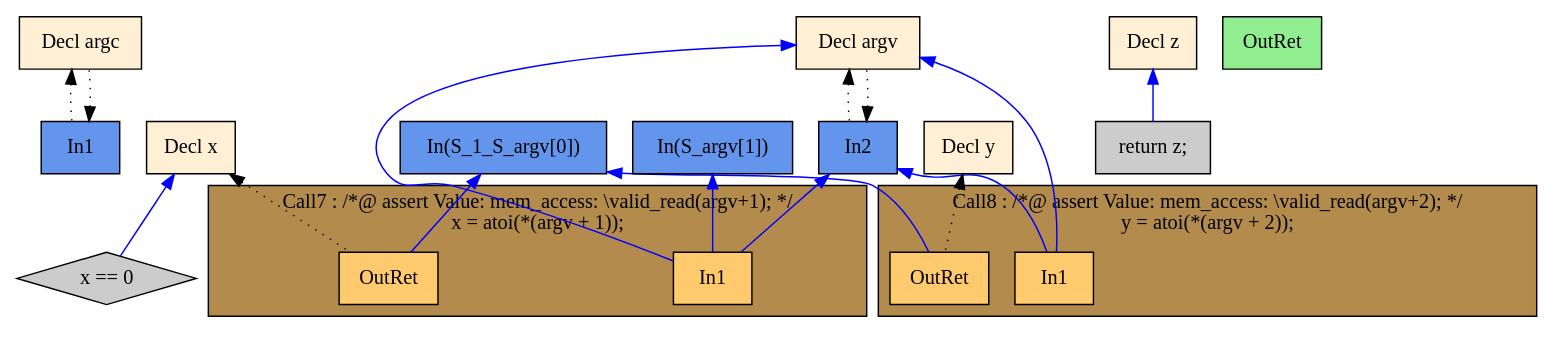
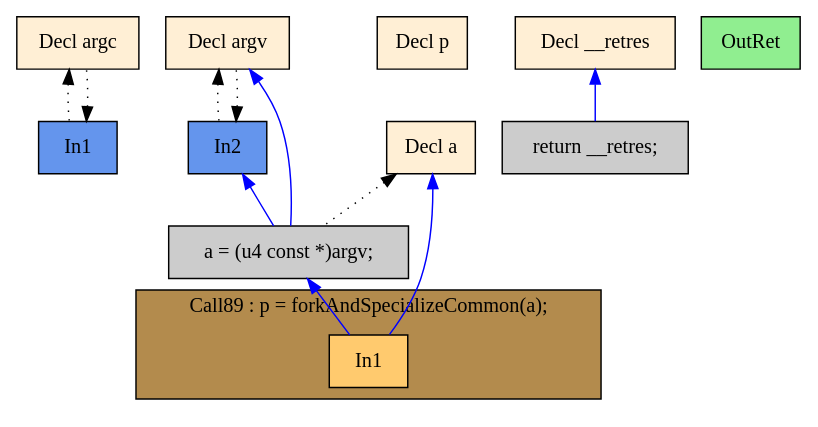
The diagram in Matlack+Swiech_Code/graph.main.dot (mosqutip/EECS395-27), drawn with Graphviz before and after one commit. The commit also changed 6 other files, not shown here.

```diff
--- a/Matlack+Swiech_Code/graph.main.dot
+++ b/Matlack+Swiech_Code/graph.main.dot
@@ -1,47 +1,33 @@
 digraph G {
   rankdir=TB;
   node [style=filled];
-  7 [shape=box, fillcolor="#FFEFD5", label="Decl argc"];
-  8 [shape=box, fillcolor="#6495ED", label="In1"];
-  9 [shape=box, fillcolor="#FFEFD5", label="Decl argv"];
-  10 [shape=box, fillcolor="#6495ED", label="In2"];
-  11 [shape=box, fillcolor="#FFEFD5", label="Decl x"];
-  12 [shape=box, fillcolor="#FFEFD5", label="Decl y"];
-  13 [shape=box, fillcolor="#FFEFD5", label="Decl z"];
-  15 [shape=box, fillcolor="#FFCA6E", label="In1"];
-  16 [shape=box, fillcolor="#FFCA6E", label="OutRet"];
-  18 [shape=box, fillcolor="#FFCA6E", label="In1"];
-  19 [shape=box, fillcolor="#FFCA6E", label="OutRet"];
-  20 [shape=diamond, fillcolor="#CCCCCC", label="x == 0"];
-  21 [shape=box, fillcolor="#CCCCCC", label="return z;"];
-  22 [shape=box, fillcolor="#90EE90", label="OutRet"];
-  23 [shape=box, fillcolor="#6495ED", label="In(S_1_S_argv[0])"];
-  24 [shape=box, fillcolor="#6495ED", label="In(S_argv[1])"];
+  51 [shape=box, fillcolor="#FFEFD5", label="Decl argc"];
+  52 [shape=box, fillcolor="#6495ED", label="In1"];
+  53 [shape=box, fillcolor="#FFEFD5", label="Decl argv"];
+  54 [shape=box, fillcolor="#6495ED", label="In2"];
+  55 [shape=box, fillcolor="#FFEFD5", label="Decl a"];
+  56 [shape=box, fillcolor="#FFEFD5", label="Decl p"];
+  57 [shape=box, fillcolor="#FFEFD5", label="Decl __retres"];
+  58 [shape=box, fillcolor="#CCCCCC", label="a = (u4 const *)argv;"];
+  60 [shape=box, fillcolor="#FFCA6E", label="In1"];
+  61 [shape=box, fillcolor="#CCCCCC", label="return __retres;"];
+  62 [shape=box, fillcolor="#90EE90", label="OutRet"];
   
-  subgraph cluster_Call8 { style=filled;
+  subgraph cluster_Call89 { style=filled;
     fillcolor="#B38B4D";
-    label="Call8 : /*@ assert Value: mem_access: \\valid_read(argv+2); */\ny = atoi(*(argv + 2));";
-    19;18; };
-  subgraph cluster_Call7 { style=filled;
-    fillcolor="#B38B4D";
-    label="Call7 : /*@ assert Value: mem_access: \\valid_read(argv+1); */\nx = atoi(*(argv + 1));";
-    16;15; };
+    label="Call89 : p = forkAndSpecializeCommon(a);";
+    60; };
   
   edge [dir=back];
-  8 -> 7 [style=dotted, color="#000000"];
-  7 -> 8 [style=dotted, color="#000000"];
-  10 -> 9 [style=dotted, color="#000000"];
-  9 -> 10 [style=dotted, color="#000000"];
-  9 -> 15 [color="#0000FF"];
-  10 -> 15 [color="#0000FF"];
-  24 -> 15 [color="#0000FF"];
-  11 -> 16 [style=dotted, color="#000000"];
-  23 -> 16 [color="#0000FF"];
-  9 -> 18 [color="#0000FF"];
-  10 -> 18 [color="#0000FF"];
-  12 -> 19 [style=dotted, color="#000000"];
-  23 -> 19 [color="#0000FF"];
-  11 -> 20 [color="#0000FF"];
-  13 -> 21 [color="#0000FF"];
+  52 -> 51 [style=dotted, color="#000000"];
+  51 -> 52 [style=dotted, color="#000000"];
+  54 -> 53 [style=dotted, color="#000000"];
+  53 -> 54 [style=dotted, color="#000000"];
+  53 -> 58 [color="#0000FF"];
+  54 -> 58 [color="#0000FF"];
+  55 -> 58 [style=dotted, color="#000000"];
+  55 -> 60 [color="#0000FF"];
+  58 -> 60 [color="#0000FF"];
+  57 -> 61 [color="#0000FF"];
   
   }
```
